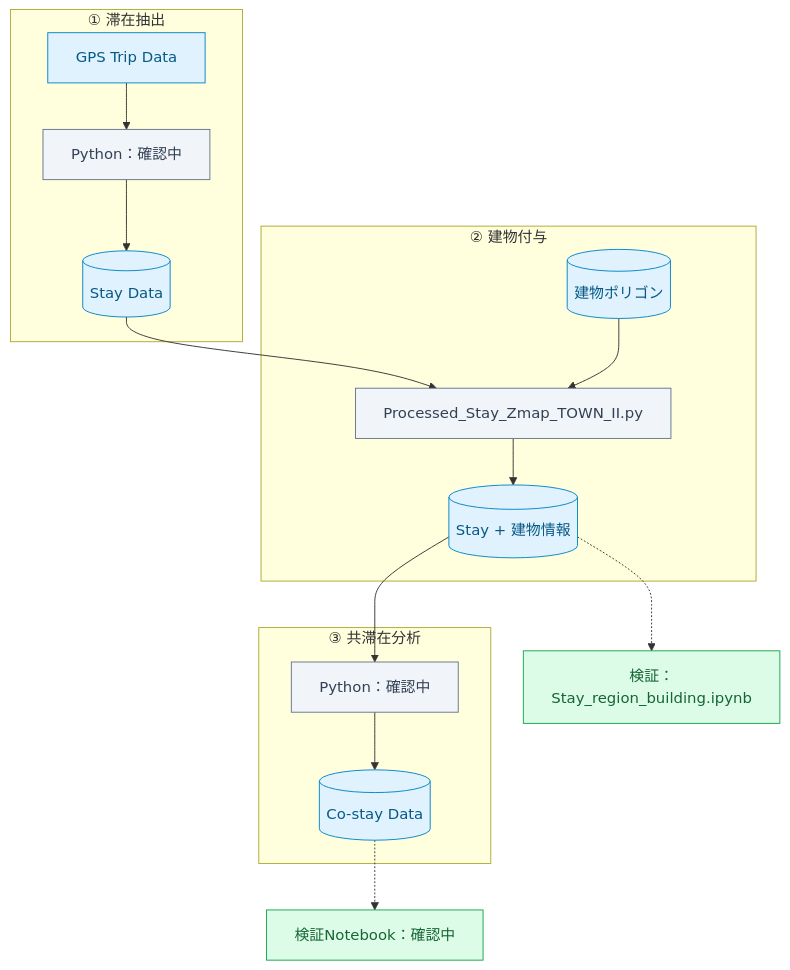
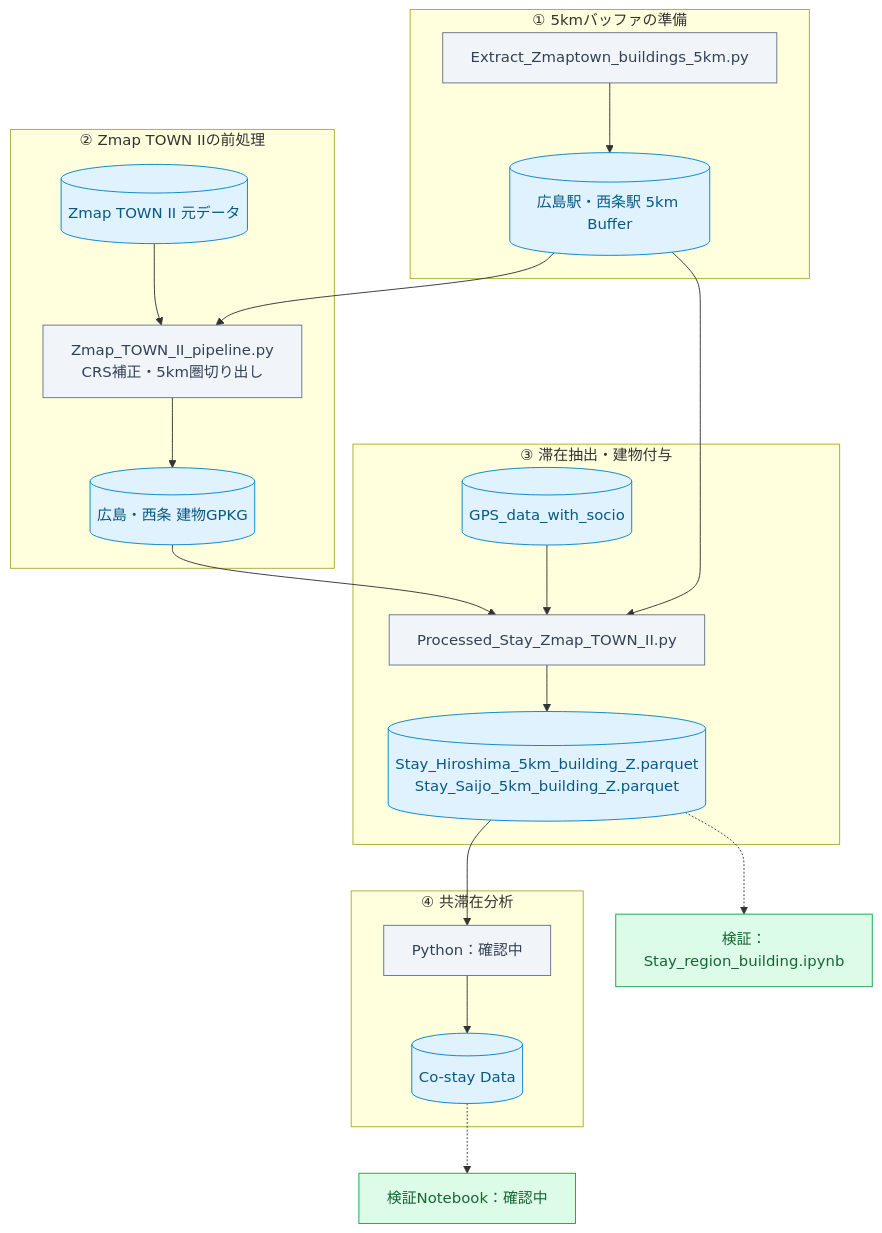
Before and after one commit to shokiiiiii/gps-research-website: the diagram in docs/01_workflow/index.md, drawn with Mermaid. The commit also changed other lines of this file, not shown here.

Commit message:
Update GPS workflow

````diff
--- a/docs/01_workflow/index.md
+++ b/docs/01_workflow/index.md
@@ -6,33 +6,44 @@
 ```mermaid
 flowchart TD
-    subgraph S1["① 滞在抽出"]
-        A["GPS Trip Data"] --> B["Python：確認中"]
-        B --> C[("Stay Data")]
+    subgraph S1["① 5kmバッファの準備"]
+        A["Extract_Zmaptown_buildings_5km.py"]
+        B[("広島駅・西条駅 5km Buffer")]
+        A --> B
     end
 
-    subgraph S2["② 建物付与"]
-        D[("建物ポリゴン")]
-        E["Processed_Stay_Zmap_TOWN_II.py"]
-        F[("Stay + 建物情報")]
-        C --> E
+    subgraph S2["② Zmap TOWN IIの前処理"]
+        C[("Zmap TOWN II 元データ")]
+        D["Zmap_TOWN_II_pipeline.py<br/>CRS補正・5km圏切り出し"]
+        E[("広島・西条 建物GPKG")]
+        B --> D
+        C --> D
         D --> E
-        E --> F
     end
 
-    subgraph S3["③ 共滞在分析"]
-        G["Python：確認中"]
-        H[("Co-stay Data")]
-        F --> G --> H
+    subgraph S3["③ 滞在抽出・建物付与"]
+        F[("GPS_data_with_socio")]
+        G["Processed_Stay_Zmap_TOWN_II.py"]
+        H[("Stay_Hiroshima_5km_building_Z.parquet<br/>Stay_Saijo_5km_building_Z.parquet")]
+        E --> G
+        F --> G
+        B --> G
+        G --> H
     end
 
-    F -.-> I["検証：Stay_region_building.ipynb"]
-    H -.-> J["検証Notebook：確認中"]
+    subgraph S4["④ 共滞在分析"]
+        I["Python：確認中"]
+        J[("Co-stay Data")]
+        H --> I --> J
+    end
+
+    H -.-> K["検証：Stay_region_building.ipynb"]
+    J -.-> L["検証Notebook：確認中"]
 
     classDef data fill:#E0F2FE,stroke:#0284C7,color:#075985
     classDef script fill:#F1F5F9,stroke:#64748B,color:#334155
     classDef check fill:#DCFCE7,stroke:#16A34A,color:#166534
 
-    class A,C,D,F,H data
-    class B,E,G script
-    class I,J check
+    class B,C,E,F,H,J data
+    class A,D,G,I script
+    class K,L check
 ```
````
